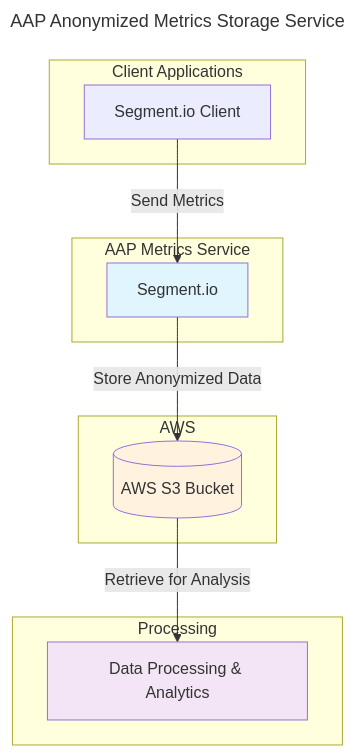
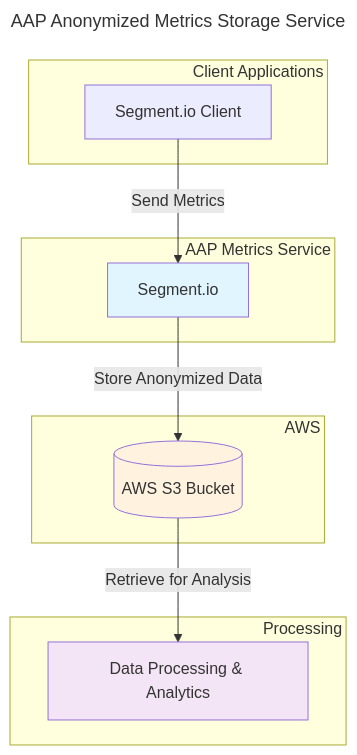
The diagram in README.md (benthomasson/aap-metrics-demo), drawn with Mermaid before and after one commit.

Commit message:
Tweak diagram

````diff
--- a/README.md
+++ b/README.md
@@ -14,29 +14,29 @@
 ```mermaid
 ---
 title: AAP Anonymized Metrics Storage Service
 ---
 flowchart TB
-    subgraph "Client Applications"
+    subgraph AMS["&nbsp;&nbsp;&nbsp;&nbsp;&nbsp;&nbsp;&nbsp;&nbsp;&nbsp;&nbsp;&nbsp;&nbsp;&nbsp;&nbsp;&nbsp;&nbsp;&nbsp;&nbsp;&nbsp;&nbsp;&nbsp;&nbsp;&nbsp;&nbsp;&nbsp;&nbsp;&nbsp;&nbsp;&nbsp;&nbsp;&nbsp;&nbsp;&nbsp;&nbsp;&nbsp;&nbsp;AAP Metrics Service"]
+        Service[Segment.io]
+    end
+    
+    subgraph CA["&nbsp;&nbsp;&nbsp;&nbsp;&nbsp;&nbsp;&nbsp;&nbsp;&nbsp;&nbsp;&nbsp;&nbsp;&nbsp;&nbsp;&nbsp;&nbsp;&nbsp;&nbsp;&nbsp;&nbsp;&nbsp;&nbsp;&nbsp;&nbsp;&nbsp;&nbsp;&nbsp;&nbsp;&nbsp;&nbsp;&nbsp;&nbsp;&nbsp;&nbsp;&nbsp;&nbsp;Client Applications"]
         Client[Segment.io Client]
     end
     
-    subgraph "AAP Metrics Service"
-        Service[Segment.io]
-    end
-    
-    subgraph "AWS"
+    subgraph AWS["&nbsp;&nbsp;&nbsp;&nbsp;&nbsp;&nbsp;&nbsp;&nbsp;&nbsp;&nbsp;&nbsp;&nbsp;&nbsp;&nbsp;&nbsp;&nbsp;&nbsp;&nbsp;&nbsp;&nbsp;&nbsp;&nbsp;&nbsp;&nbsp;&nbsp;&nbsp;&nbsp;&nbsp;&nbsp;&nbsp;&nbsp;&nbsp;&nbsp;&nbsp;&nbsp;&nbsp;&nbsp;&nbsp;&nbsp;&nbsp;&nbsp;&nbsp;&nbsp;&nbsp;&nbsp;&nbsp;&nbsp;&nbsp;&nbsp;&nbsp;&nbsp;&nbsp;&nbsp;&nbsp;&nbsp;&nbsp;AWS"]
         S3[(AWS S3 Bucket)]
     end
     
-    subgraph "Processing"
+    subgraph PROC["&nbsp;&nbsp;&nbsp;&nbsp;&nbsp;&nbsp;&nbsp;&nbsp;&nbsp;&nbsp;&nbsp;&nbsp;&nbsp;&nbsp;&nbsp;&nbsp;&nbsp;&nbsp;&nbsp;&nbsp;&nbsp;&nbsp;&nbsp;&nbsp;&nbsp;&nbsp;&nbsp;&nbsp;&nbsp;&nbsp;&nbsp;&nbsp;&nbsp;&nbsp;&nbsp;&nbsp;&nbsp;&nbsp;&nbsp;&nbsp;&nbsp;&nbsp;&nbsp;&nbsp;&nbsp;&nbsp;&nbsp;&nbsp;&nbsp;&nbsp;&nbsp;&nbsp;&nbsp;&nbsp;&nbsp;&nbsp;Processing"]
         Analytics[Data Processing & Analytics]
     end
     
     Client -->|Send Metrics| Service
     Service -->|Store Anonymized Data| S3
     S3 -->|Retrieve for Analysis| Analytics
     
     style Service fill:#e1f5fe
     style S3 fill:#fff3e0
     style Analytics fill:#f3e5f5
 ```
````
